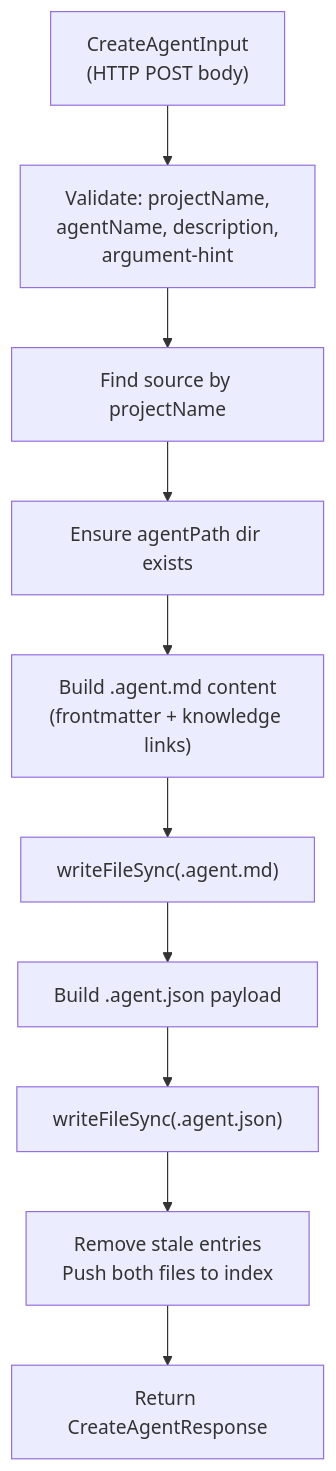
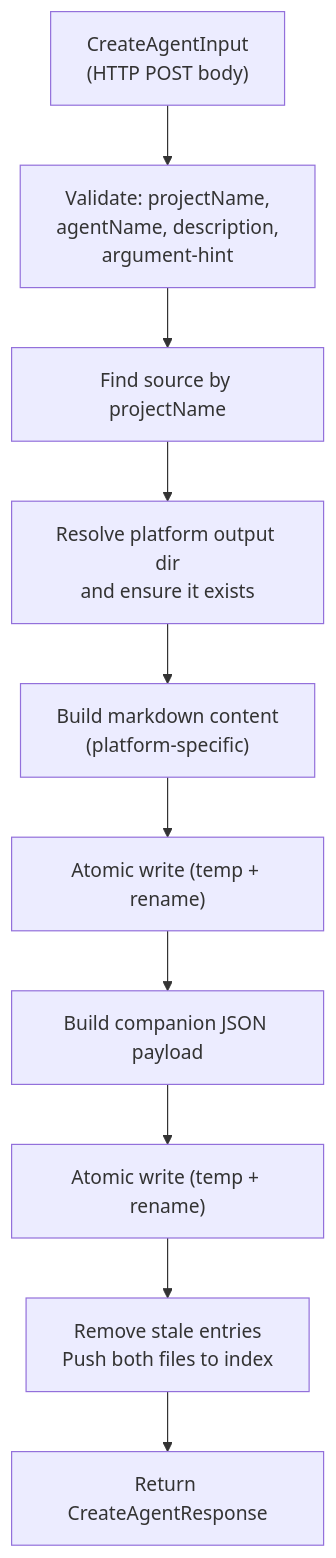
The eighth of 12 diagrams in server/zz-reach2/architecture/agents/archi-agent-builder.md (Kyliathy/context-core), drawn with Mermaid before and after one commit. The commit also changed other lines of this file and 23 other files, not shown here.

First line of the commit message:
feat(agent-builder): add Codex agent support and improve multi-path handling

````diff
--- a/server/zz-reach2/architecture/agents/archi-agent-builder.md
+++ b/server/zz-reach2/architecture/agents/archi-agent-builder.md
@@ -417,12 +455,12 @@
 ```mermaid
 flowchart TD
     INPUT["CreateAgentInput<br/>(HTTP POST body)"] --> VALIDATE["Validate: projectName,<br/>agentName, description,<br/>argument-hint"]
     VALIDATE --> FIND["Find source by projectName"]
-    FIND --> MKDIR["Ensure agentPath dir exists"]
-    MKDIR --> BUILD_MD["Build .agent.md content<br/>(frontmatter + knowledge links)"]
-    BUILD_MD --> WRITE_MD["writeFileSync(.agent.md)"]
-    WRITE_MD --> BUILD_JSON["Build .agent.json payload"]
-    BUILD_JSON --> WRITE_JSON["writeFileSync(.agent.json)"]
+    FIND --> MKDIR["Resolve platform output dir<br/>and ensure it exists"]
+    MKDIR --> BUILD_MD["Build markdown content<br/>(platform-specific)"]
+    BUILD_MD --> WRITE_MD["Atomic write (temp + rename)"]
+    WRITE_MD --> BUILD_JSON["Build companion JSON payload"]
+    BUILD_JSON --> WRITE_JSON["Atomic write (temp + rename)"]
     WRITE_JSON --> UPDATE_IDX["Remove stale entries<br/>Push both files to index"]
     UPDATE_IDX --> RETURN["Return CreateAgentResponse"]
 ```
````
